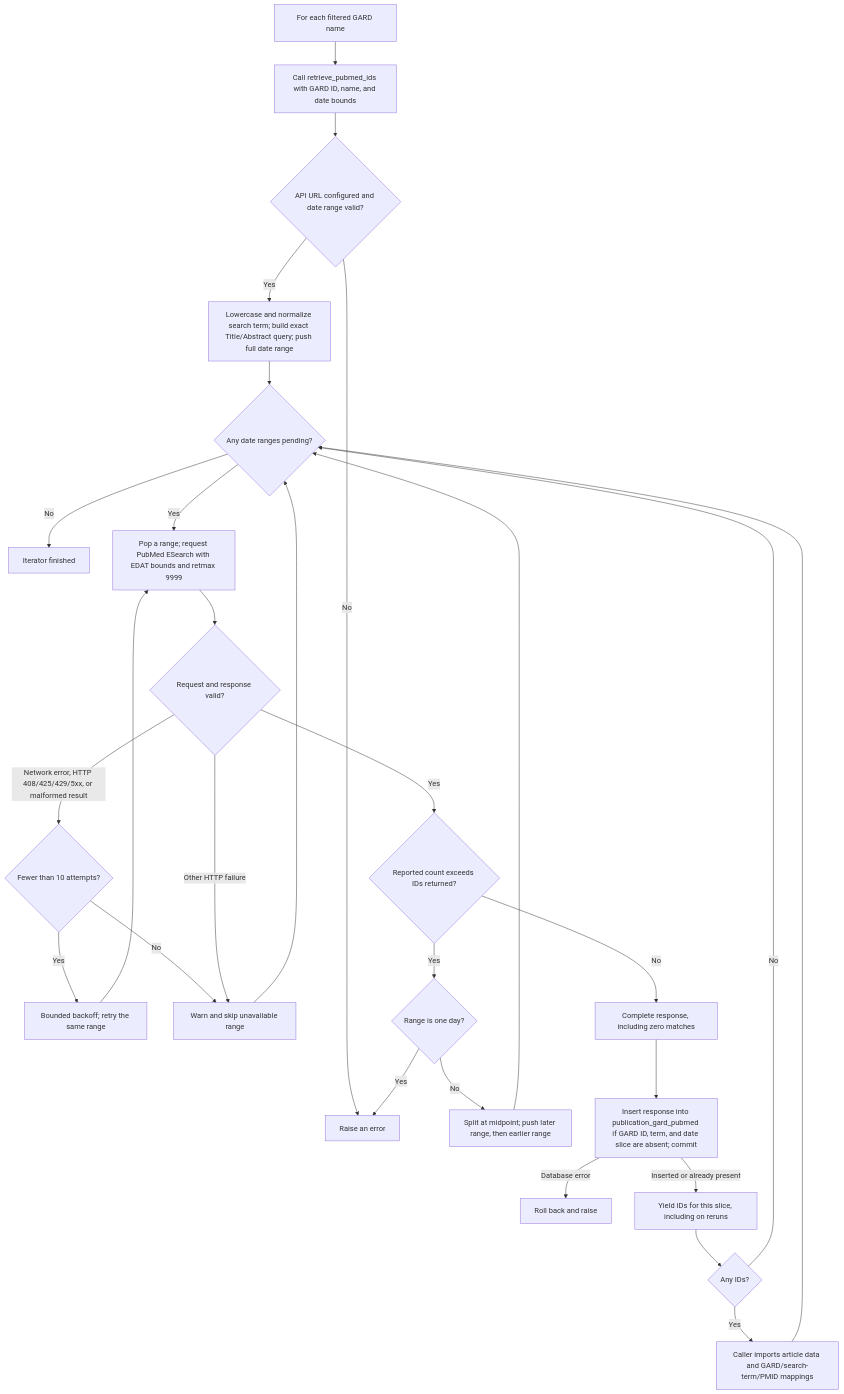
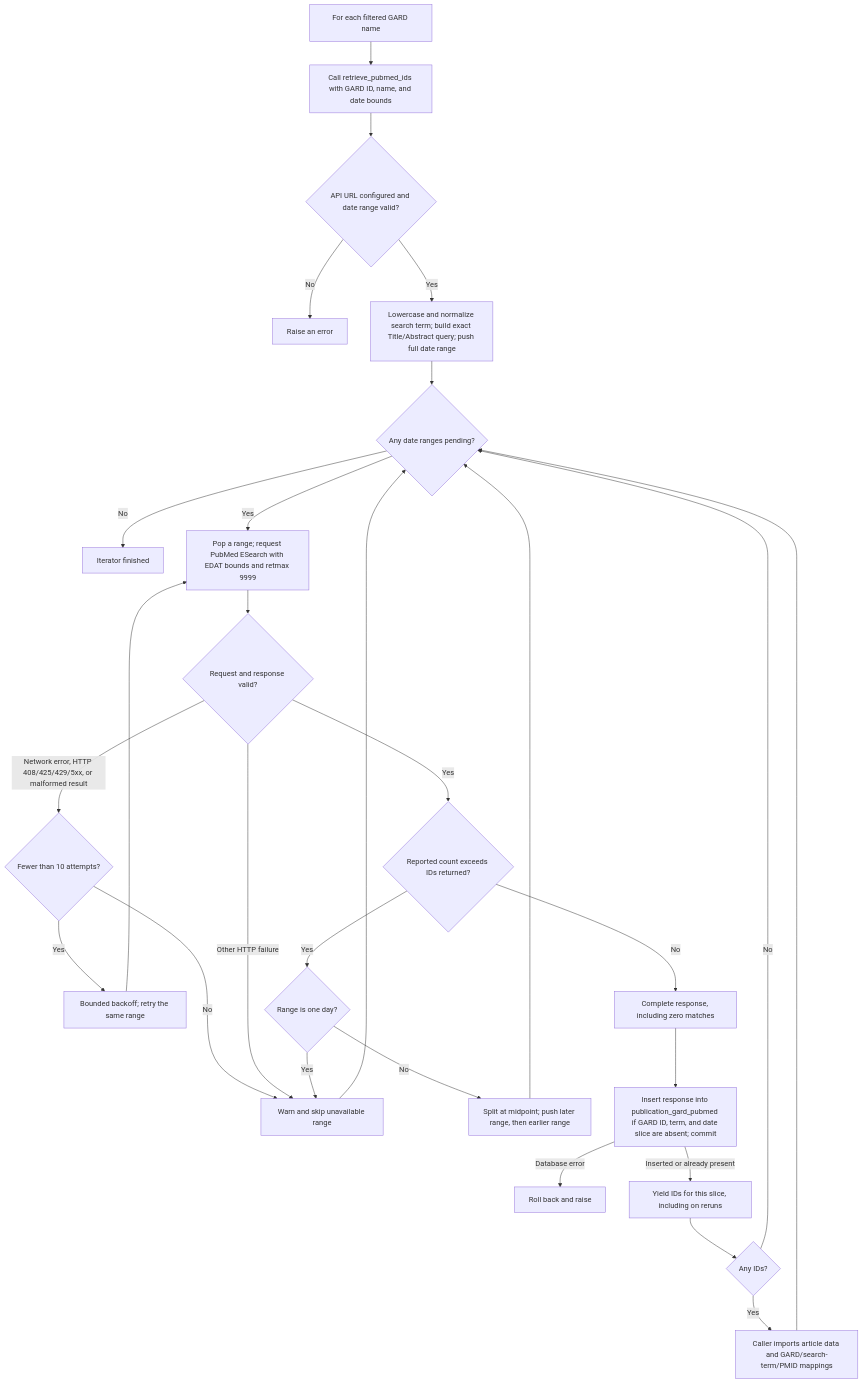
One commit to ncats/RDAS changed the diagram in Z_Alert/pipelines/pipeline_3_publication/task_publication_1.md. Above: the diagram before and after it, drawn with Mermaid. The commit also changed other lines of this file and 7 other files, not shown here.

````diff
--- a/Z_Alert/pipelines/pipeline_3_publication/task_publication_1.md
+++ b/Z_Alert/pipelines/pipeline_3_publication/task_publication_1.md
@@ -9,26 +9,26 @@
 ```mermaid
 flowchart TD
     A["For each filtered GARD name"] --> B["Call retrieve_pubmed_ids with GARD ID, name, and date bounds"]
     B --> C{"API URL configured and date range valid?"}
     C -- No --> X["Raise an error"]
     C -- Yes --> D["Lowercase and normalize search term; build exact Title/Abstract query; push full date range"]
     D --> E{"Any date ranges pending?"}
     E -- No --> Z["Iterator finished"]
     E -- Yes --> F["Pop a range; request PubMed ESearch with EDAT bounds and retmax 9999"]
     F --> G{"Request and response valid?"}
     G -- "Network error, HTTP 408/425/429/5xx, or malformed result" --> H{"Fewer than 10 attempts?"}
     H -- Yes --> I["Bounded backoff; retry the same range"] --> F
     H -- No --> Skip["Warn and skip unavailable range"] --> E
     G -- "Other HTTP failure" --> Skip
     G -- Yes --> J{"Reported count exceeds IDs returned?"}
     J -- Yes --> K{"Range is one day?"}
-    K -- Yes --> X
+    K -- Yes --> Skip
     K -- No --> L["Split at midpoint; push later range, then earlier range"] --> E
     J -- No --> M["Complete response, including zero matches"]
     M --> N["Insert response into publication_gard_pubmed if GARD ID, term, and date slice are absent; commit"]
     N -- "Database error" --> Y["Roll back and raise"]
     N -- "Inserted or already present" --> O["Yield IDs for this slice, including on reruns"]
     O --> P{"Any IDs?"}
     P -- Yes --> Q["Caller imports article data and GARD/search-term/PMID mappings"] --> E
     P -- No --> E
 ```
````
